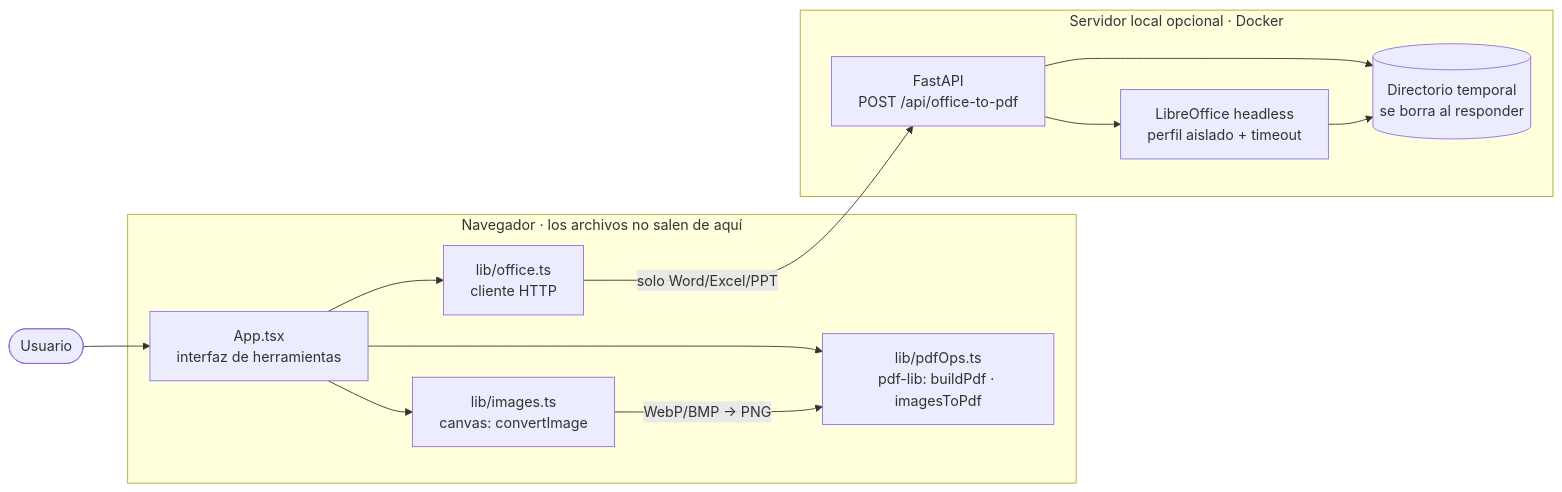
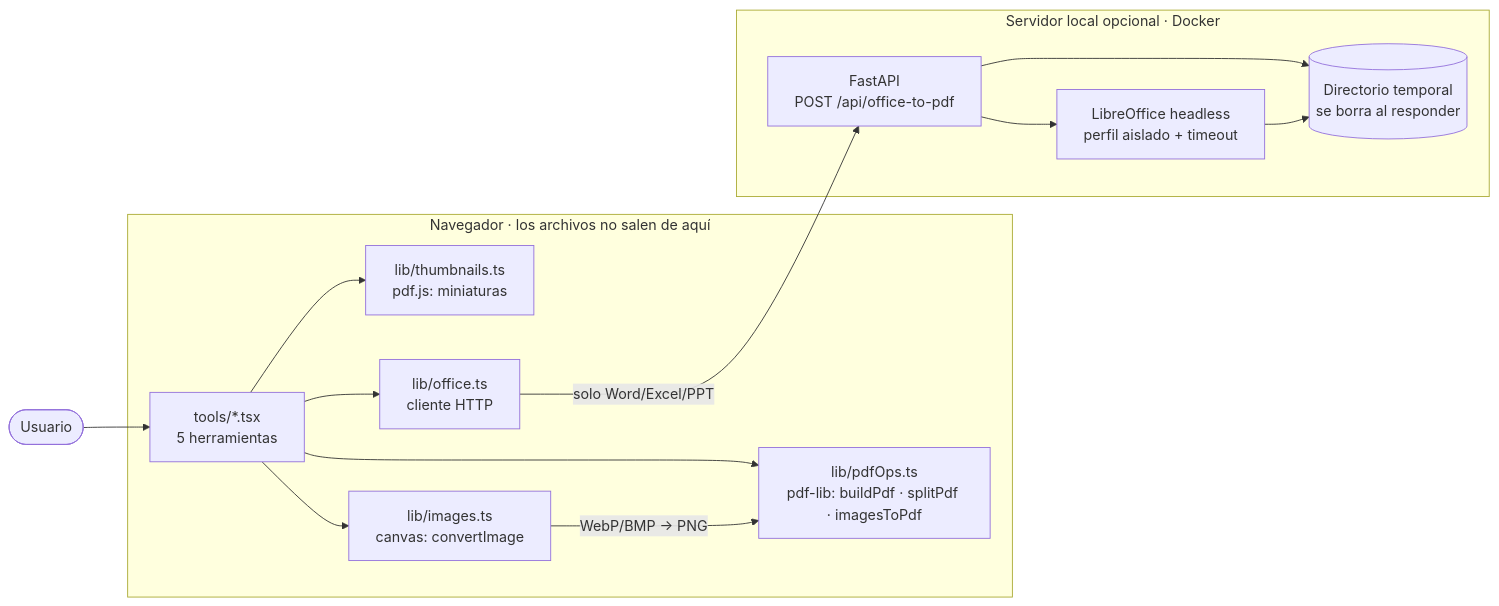
Before and after one commit to cesardataviz/pdf-toolkit: the diagram in README.md, drawn with Mermaid. The commit also changed other lines of this file and 31 other files, not shown here.

Commit message:
Interfaz con miniaturas, dividir/extraer, LibreOffice en Windows y PENDIENTES

````diff
--- a/README.md
+++ b/README.md
@@ -10,27 +12,29 @@
 ```mermaid
 flowchart LR
     user([Usuario])
 
     subgraph browser["Navegador · los archivos no salen de aquí"]
-        ui["App.tsx<br/>interfaz de herramientas"]
-        pdfops["lib/pdfOps.ts<br/>pdf-lib: buildPdf · imagesToPdf"]
+        ui["tools/*.tsx<br/>5 herramientas"]
+        pdfops["lib/pdfOps.ts<br/>pdf-lib: buildPdf · splitPdf · imagesToPdf"]
+        thumbs["lib/thumbnails.ts<br/>pdf.js: miniaturas"]
         images["lib/images.ts<br/>canvas: convertImage"]
         office["lib/office.ts<br/>cliente HTTP"]
     end
 
     subgraph server["Servidor local opcional · Docker"]
         api["FastAPI<br/>POST /api/office-to-pdf"]
         lo["LibreOffice headless<br/>perfil aislado + timeout"]
         tmp[("Directorio temporal<br/>se borra al responder")]
     end
 
     user --> ui
     ui --> pdfops
+    ui --> thumbs
     ui --> images
     images -- "WebP/BMP → PNG" --> pdfops
     ui --> office
     office -- "solo Word/Excel/PPT" --> api
     api --> tmp
     api --> lo
     lo --> tmp
 ```
````
